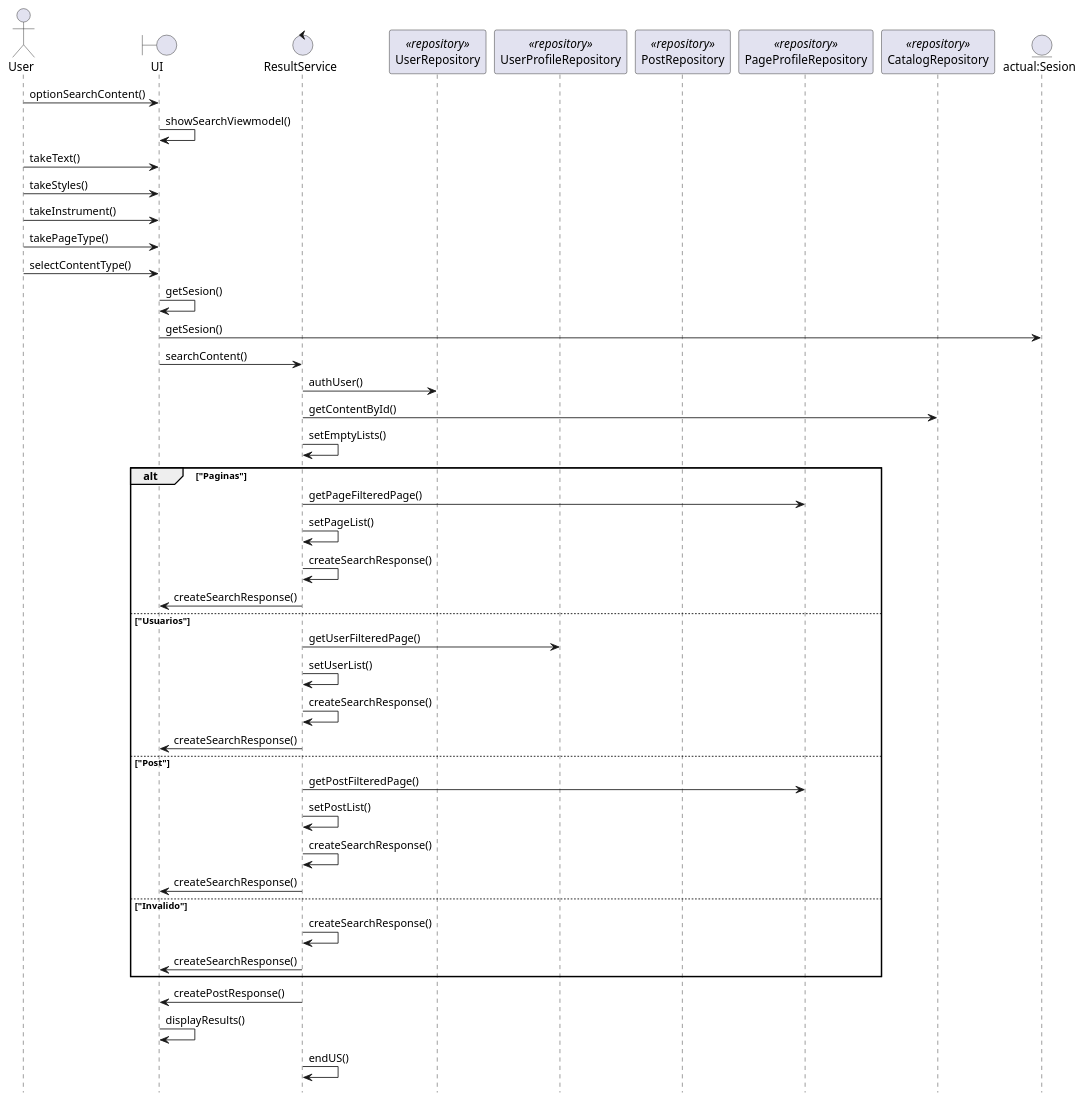
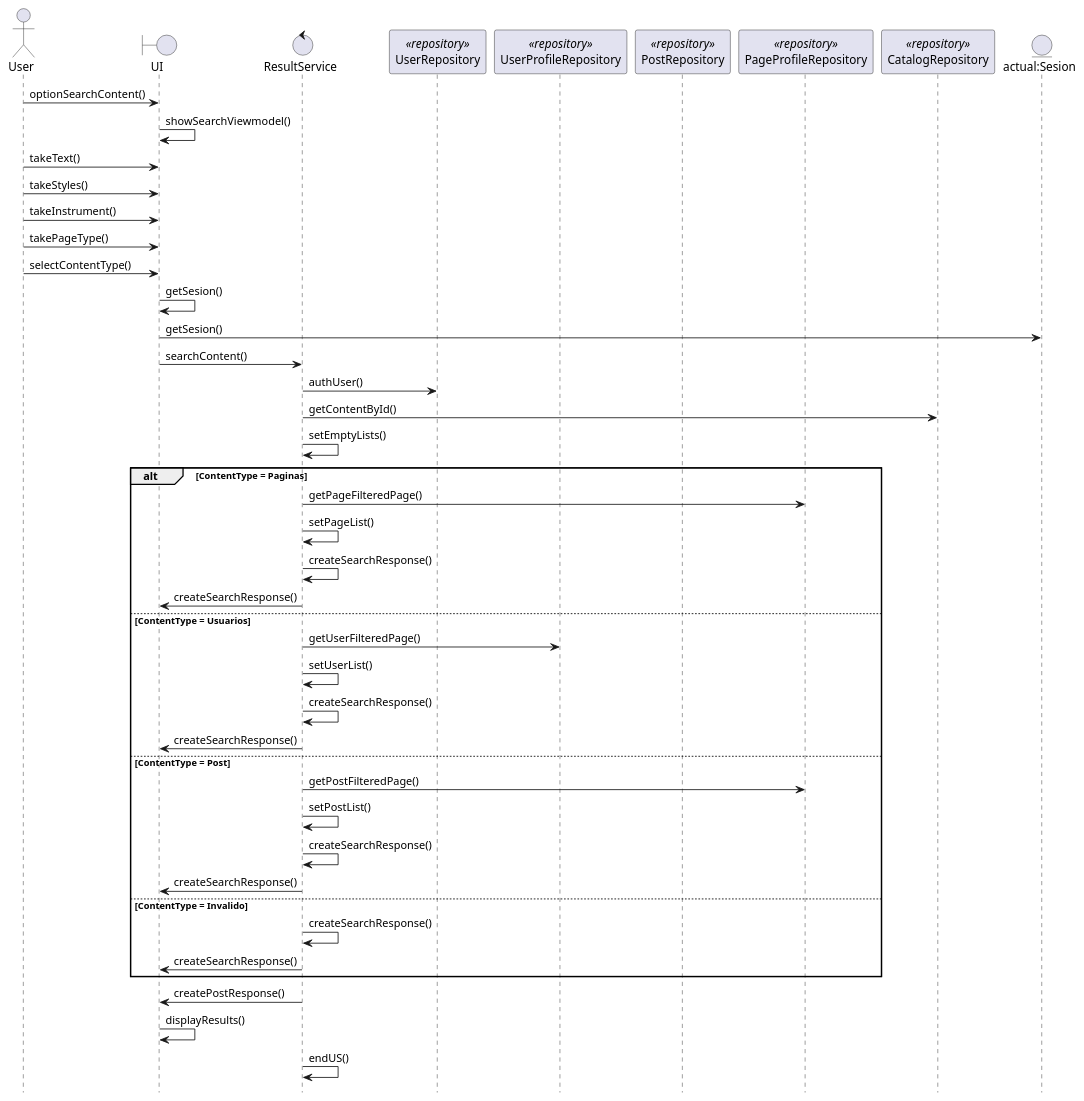
The diagram in search-content-sequence.puml (2piradrian/seminario-docs), drawn with PlantUML before and after one commit.

Commit message:
fix: search sequence

```diff
--- a/search-content-sequence.puml
+++ b/search-content-sequence.puml
@@ -1,51 +1,51 @@
 @startuml
 
 hide footbox
 
 actor User
 boundary "UI" as UI
 control "ResultService" as RS
 participant "UserRepository" as UR <<repository>>
 participant "UserProfileRepository" as UPR <<repository>>
 participant "PostRepository" as PTR <<repository>>
 participant "PageProfileRepository" as PPR <<repository>>
 participant "CatalogRepository" as CR <<repository>>
 entity "actual:Sesion" as S
 
 User -> UI : optionSearchContent()
 UI -> UI: showSearchViewmodel()
 User -> UI: takeText()
 User -> UI: takeStyles()
 User -> UI: takeInstrument()
 User -> UI: takePageType()
 User -> UI: selectContentType()
 UI -> UI: getSesion()
 UI -> S: getSesion()
 UI -> RS: searchContent()
 RS -> UR: authUser()
 RS -> CR: getContentById()
 RS -> RS: setEmptyLists()
-alt "Paginas"
+alt ContentType = Paginas
     RS -> PPR: getPageFilteredPage()
     RS -> RS: setPageList()
     RS -> RS: createSearchResponse()
     RS -> UI: createSearchResponse()
-else "Usuarios"
+else ContentType = Usuarios
     RS -> UPR: getUserFilteredPage()
     RS -> RS: setUserList()
     RS -> RS: createSearchResponse()
     RS -> UI: createSearchResponse()
-else "Post"
+else ContentType = Post
     RS -> PPR: getPostFilteredPage()
     RS -> RS: setPostList()
     RS -> RS: createSearchResponse()
     RS -> UI: createSearchResponse()
-else "Invalido"
+else ContentType = Invalido
     RS -> RS: createSearchResponse()
     RS -> UI: createSearchResponse()
 end
 RS -> UI: createPostResponse()
 UI -> UI: displayResults()
 RS -> RS: endUS()
 
 @enduml
```
